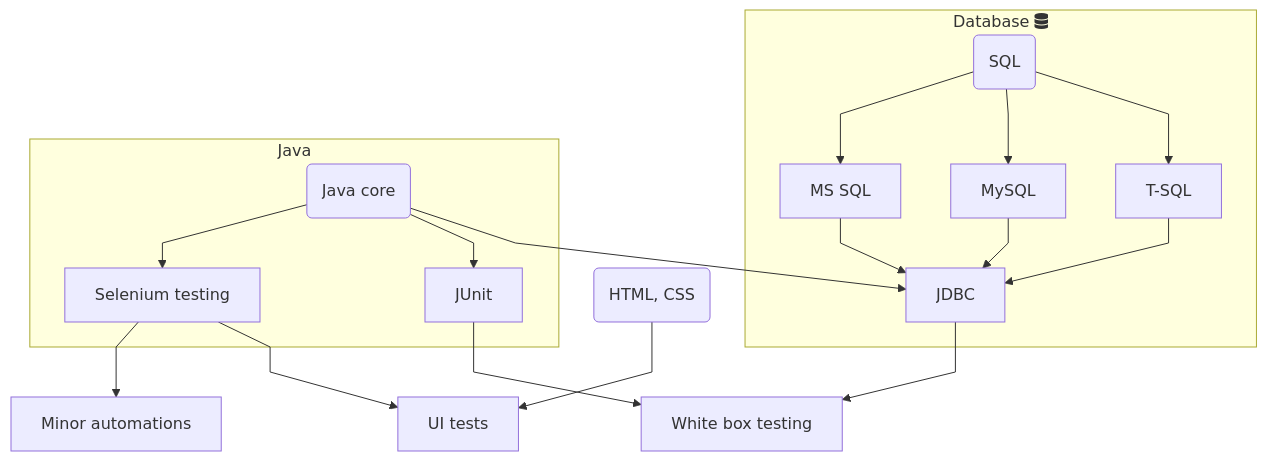
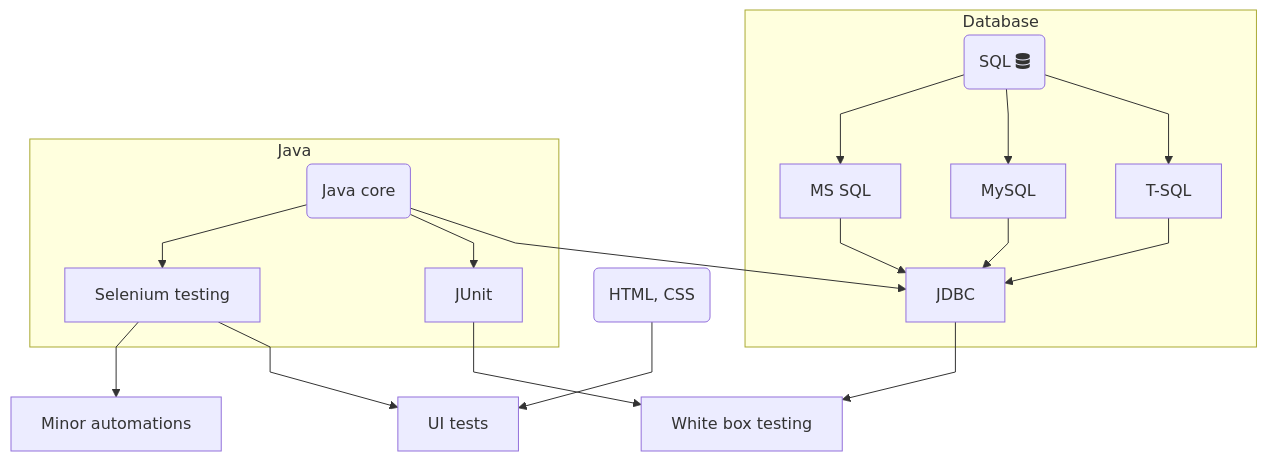
Before and after one commit to Eekain/Eekain: the diagram in README.md, drawn with Mermaid.

````diff
--- a/README.md
+++ b/README.md
@@ -19,17 +19,17 @@
 ```mermaid
   %%{init: { "flowchart": { "htmlLabels": true, "curve": "linear" } } }%%
   graph TD;
       D(HTML, CSS) --> E[UI tests];
       B --> F[Minor automations];
-      subgraph Database fa:fa-database
-        C(SQL) --> H[MS SQL] & I[MySQL] & J[T-SQL];
+      subgraph Database 
+        C(SQL fa:fa-database) --> H[MS SQL] & I[MySQL] & J[T-SQL];
         H --> G[JDBC];
       end
       subgraph Java
         A(Java core) --> B[Selenium testing];
         A --> L[JUnit];
       end
       L & G--> K[White box testing];
       B --> E;
       A & I & J--> G;
 ```
````
